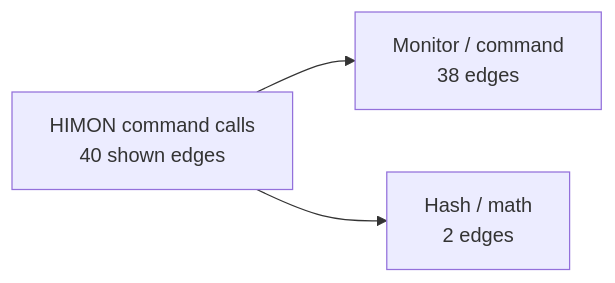
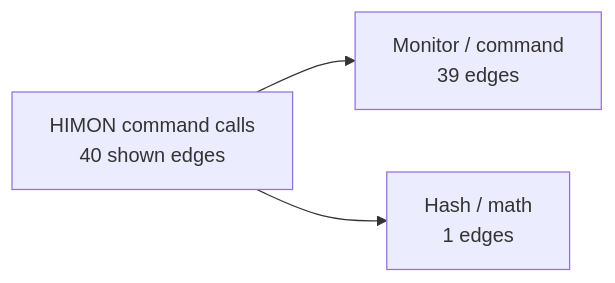
The first of 6 diagrams in DOC/GENERATED/HIMON_COMMAND_MAP.md (95westus/R-YORS), drawn with Mermaid before and after one commit. The commit also changed other lines of this file and 85 other files, not shown here.

````diff
--- a/DOC/GENERATED/HIMON_COMMAND_MAP.md
+++ b/DOC/GENERATED/HIMON_COMMAND_MAP.md
@@ -14,5 +14,5 @@
 ```mermaid
 flowchart LR
-    MAP_ROOT_HIMON_COMMAND_CALLS["HIMON command calls<br/>40 shown edges"] --> MAP_FAMILY_MONITOR___COMMAND["Monitor / command<br/>38 edges"]
-    MAP_ROOT_HIMON_COMMAND_CALLS["HIMON command calls<br/>40 shown edges"] --> MAP_FAMILY_HASH___MATH["Hash / math<br/>2 edges"]
+    MAP_ROOT_HIMON_COMMAND_CALLS["HIMON command calls<br/>40 shown edges"] --> MAP_FAMILY_MONITOR___COMMAND["Monitor / command<br/>39 edges"]
+    MAP_ROOT_HIMON_COMMAND_CALLS["HIMON command calls<br/>40 shown edges"] --> MAP_FAMILY_HASH___MATH["Hash / math<br/>1 edges"]
 ```
````
